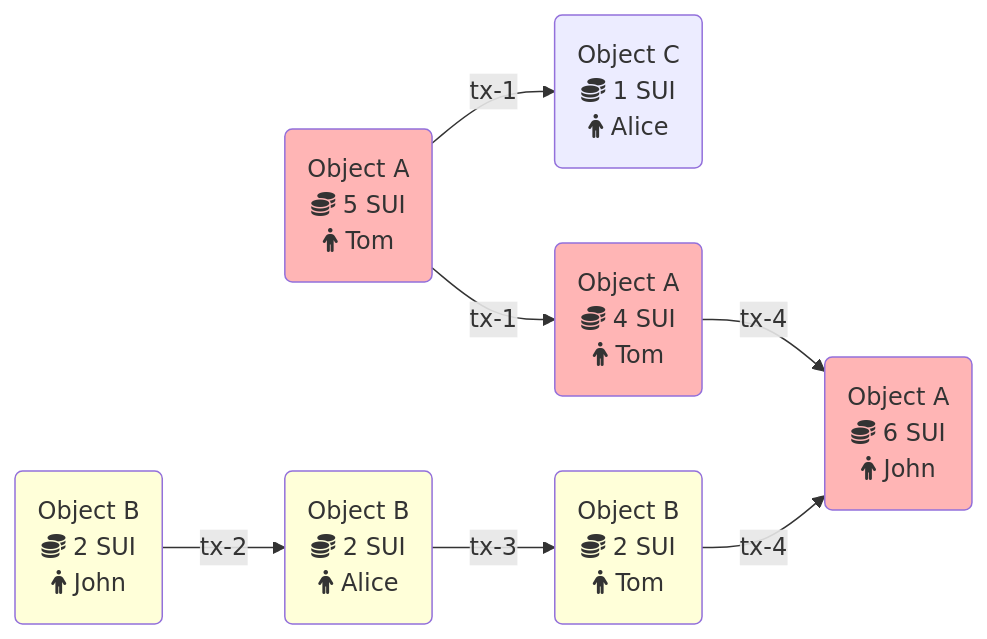
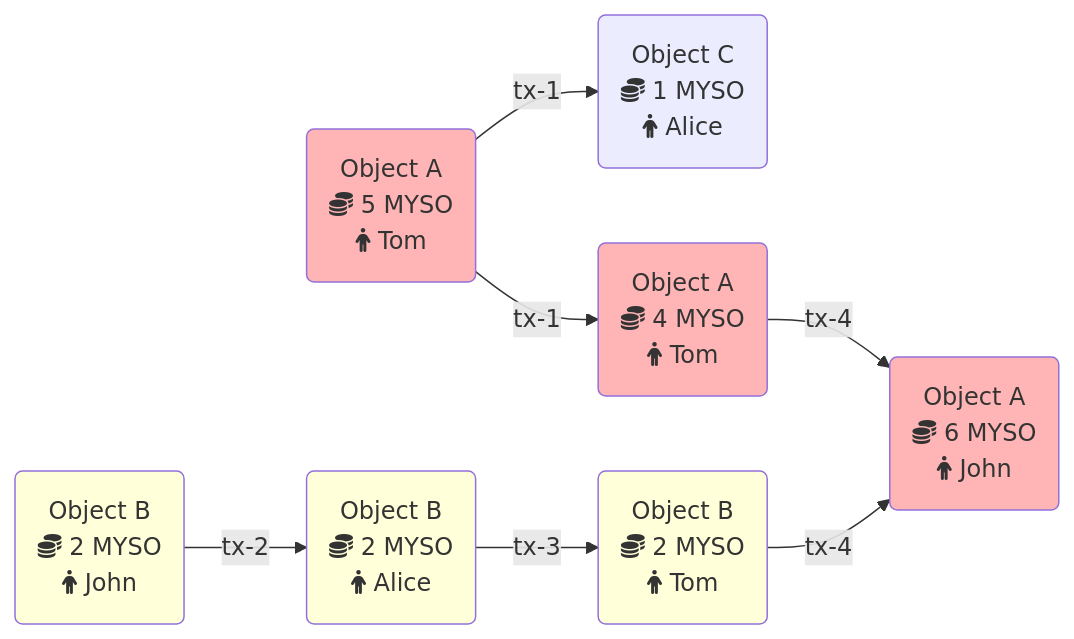
One commit to The-Social-Proof-Foundation/myso-core changed the diagram in docs/content/guides/developer/transactions/txn-overview.mdx. Above: the diagram before and after it, drawn with Mermaid. The commit also changed other lines of this file and 2173 other files, not shown here.

````diff
--- a/docs/content/guides/developer/transactions/txn-overview.mdx
+++ b/docs/content/guides/developer/transactions/txn-overview.mdx
@@ -62,32 +62,32 @@
 ```mermaid
 flowchart LR
     id1(Object A
-    fa:fa-coins 5 SUI
+    fa:fa-coins 5 MYSO
     fa:fa-person Tom):::object-a;
     id2(Object C
-    fa:fa-coins 1 SUI
+    fa:fa-coins 1 MYSO
     fa:fa-person Alice);
     id3(Object A
-    fa:fa-coins 4 SUI
+    fa:fa-coins 4 MYSO
     fa:fa-person Tom):::object-a;
     id4(Object B
-    fa:fa-coins 2 SUI
+    fa:fa-coins 2 MYSO
     fa:fa-person John):::object-b;
     id5(Object B
-    fa:fa-coins 2 SUI
+    fa:fa-coins 2 MYSO
     fa:fa-person Alice):::object-b;
     id6(Object B
-    fa:fa-coins 2 SUI
+    fa:fa-coins 2 MYSO
     fa:fa-person Tom):::object-b;
     id7(Object A
-    fa:fa-coins 6 SUI
+    fa:fa-coins 6 MYSO
     fa:fa-person John):::object-a;
     id1-->|tx-1|id2;
     id1-->|tx-1|id3;
     id4-->|tx-2|id5;
     id5-->|tx-3|id6;
     id3-->|tx-4|id7;
     id6-->|tx-4|id7;
     classDef object-a fill:#f225;
     classDef object-b fill:#ff43;
 ```
````
